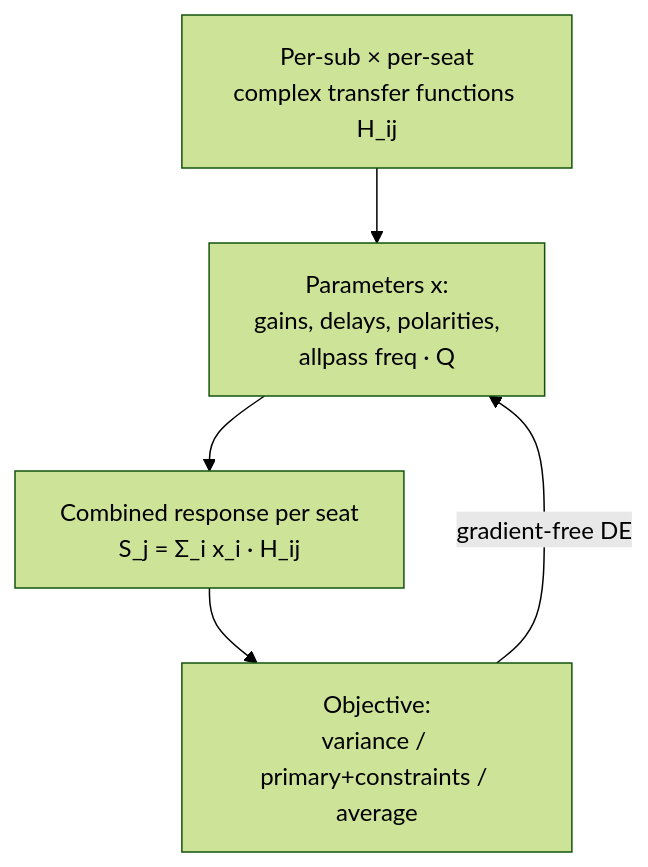
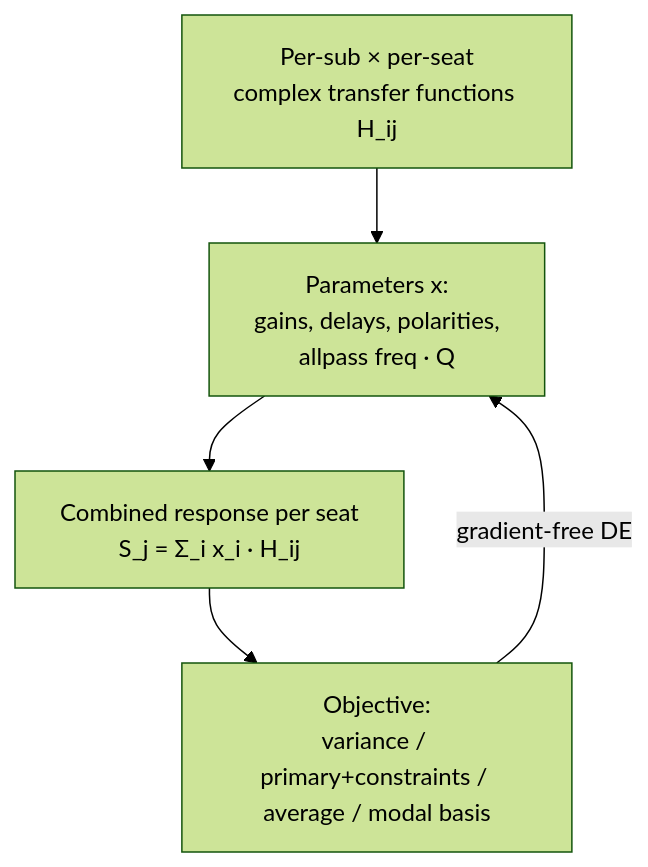
The seventh of 12 diagrams in crates/autoeq/docs/roomeq_explained.md (pierreaubert/sotf), drawn with Mermaid (forest theme) before and after one commit. The commit also changed other lines of this file and 338 other files, not shown here.

````diff
--- a/crates/autoeq/docs/roomeq_explained.md
+++ b/crates/autoeq/docs/roomeq_explained.md
@@ -270,7 +299,7 @@
 ```mermaid
 flowchart TB
     M[Per-sub × per-seat<br/>complex transfer functions H_ij] --> P[Parameters x:<br/>gains, delays, polarities,<br/>allpass freq · Q]
     P --> S[Combined response per seat<br/>S_j = Σ_i x_i · H_ij]
-    S --> OBJ[Objective:<br/>variance / primary+constraints / average]
+    S --> OBJ[Objective:<br/>variance / primary+constraints / average / modal basis]
     OBJ -->|gradient-free DE| P
 ```
````
